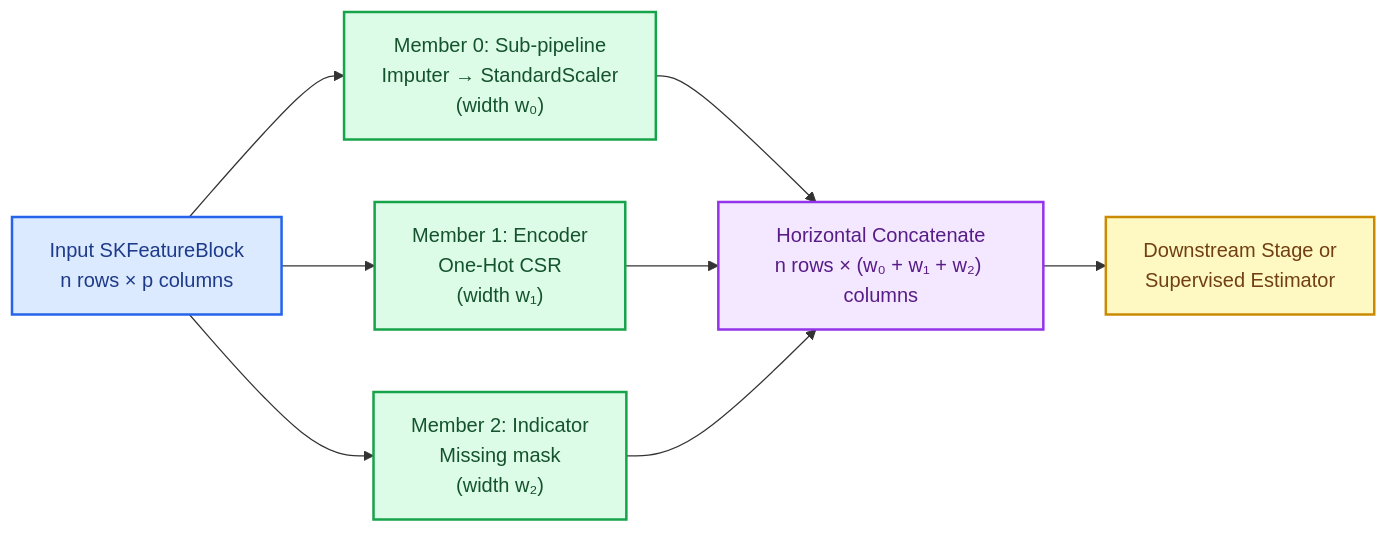
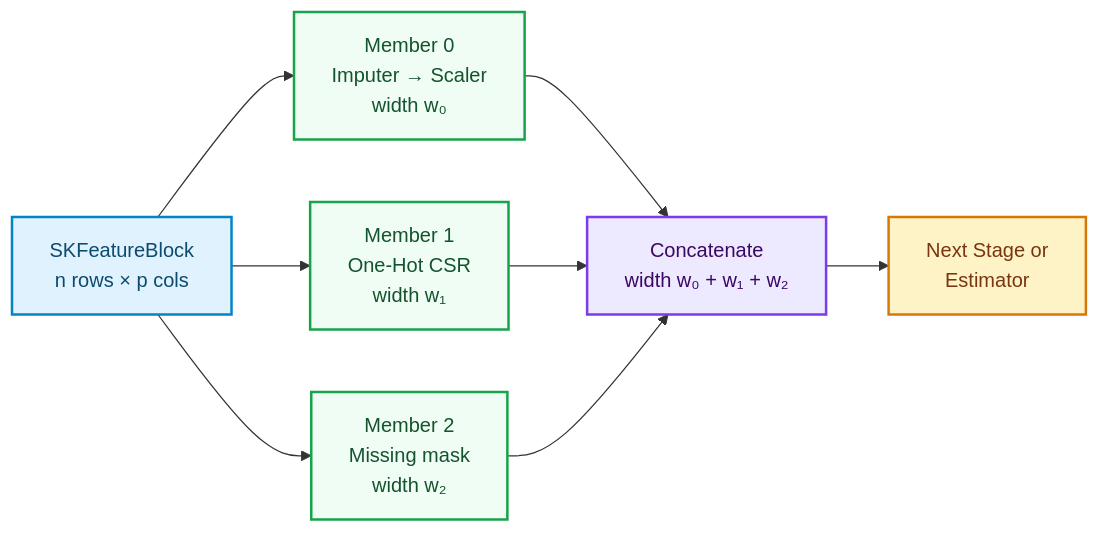
One commit to neurono-ml/sciencekit changed the first of 2 diagrams in docs/src/development-explained/ch43-feature-union.md. Above: the diagram before and after it, drawn with Mermaid. The commit also changed other lines of this file, not shown here.

````diff
--- a/docs/src/development-explained/ch43-feature-union.md
+++ b/docs/src/development-explained/ch43-feature-union.md
@@ -71,20 +71,20 @@
 ```mermaid
 flowchart LR
     accTitle: Fan-out fitting and horizontal concatenation inside SKFeatureUnion
     accDescr: An input feature block fans out unchanged to three parallel branches: a sub-pipeline that imputes and scales numeric columns, a sparse one-hot encoder, and a missingness indicator. Their outputs are concatenated horizontally in declaration order into one wider block fed to the final estimator.
-    IN["Input SKFeatureBlock<br/>n rows × p columns"] --> B0["Member 0: Sub-pipeline<br/>Imputer → StandardScaler<br/>(width w₀)"]
-    IN --> B1["Member 1: Encoder<br/>One-Hot CSR<br/>(width w₁)"]
-    IN --> B2["Member 2: Indicator<br/>Missing mask<br/>(width w₂)"]
-    B0 --> CAT["Horizontal Concatenate<br/>n rows × (w₀ + w₁ + w₂) columns"]
+    IN["SKFeatureBlock<br/>n rows × p cols"] --> B0["Member 0<br/>Imputer → Scaler<br/>width w₀"]
+    IN --> B1["Member 1<br/>One-Hot CSR<br/>width w₁"]
+    IN --> B2["Member 2<br/>Missing mask<br/>width w₂"]
+    B0 --> CAT["Concatenate<br/>width w₀ + w₁ + w₂"]
     B1 --> CAT
     B2 --> CAT
-    CAT --> EST["Downstream Stage or<br/>Supervised Estimator"]
-    classDef input fill:#dbeafe,stroke:#2563eb,stroke-width:2px,color:#1e3a8a
-    classDef branch fill:#dcfce7,stroke:#16a34a,stroke-width:2px,color:#14532d
-    classDef concat fill:#f3e8ff,stroke:#9333ea,stroke-width:2px,color:#581c87
-    classDef final fill:#fef9c3,stroke:#ca8a04,stroke-width:2px,color:#713f12
-    class IN input
-    class B0,B1,B2 branch
-    class CAT concat
-    class EST final
+    CAT --> EST["Next Stage or<br/>Estimator"]
+    classDef sky fill:#e0f2fe,stroke:#0284c7,stroke-width:2px,color:#0c4a6e
+    classDef emerald fill:#f0fdf4,stroke:#16a34a,stroke-width:2px,color:#14532d
+    classDef violet fill:#ede9fe,stroke:#7c3aed,stroke-width:2px,color:#3b0764
+    classDef amber fill:#fef3c7,stroke:#d97706,stroke-width:2px,color:#78350f
+    class IN sky
+    class B0,B1,B2 emerald
+    class CAT violet
+    class EST amber
 ```
````
